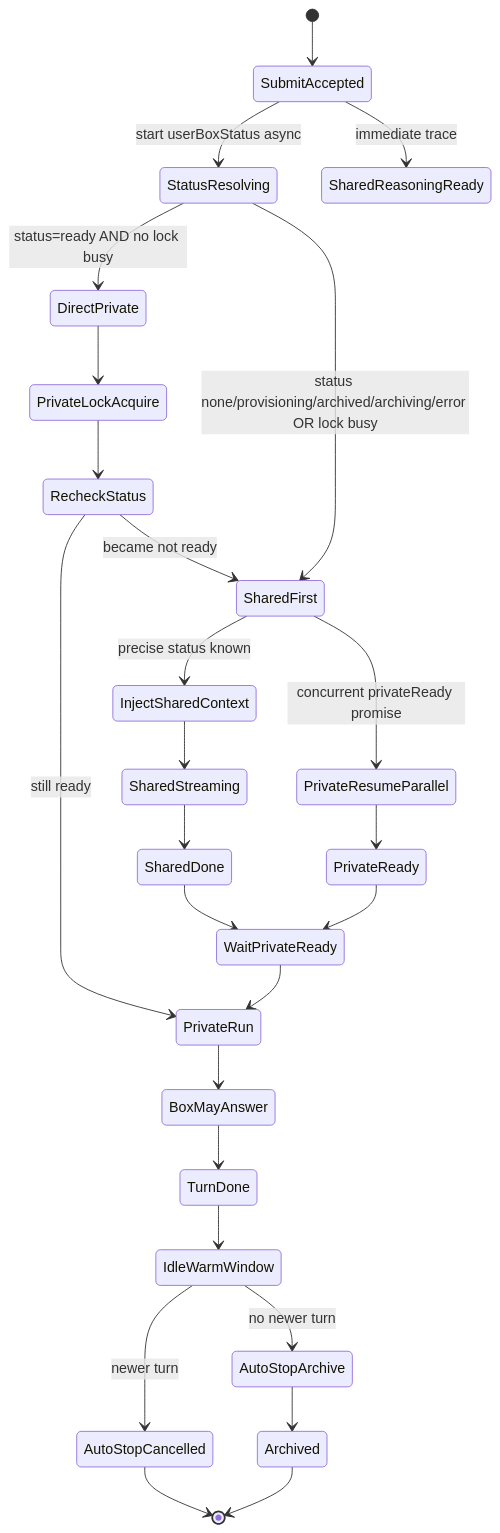
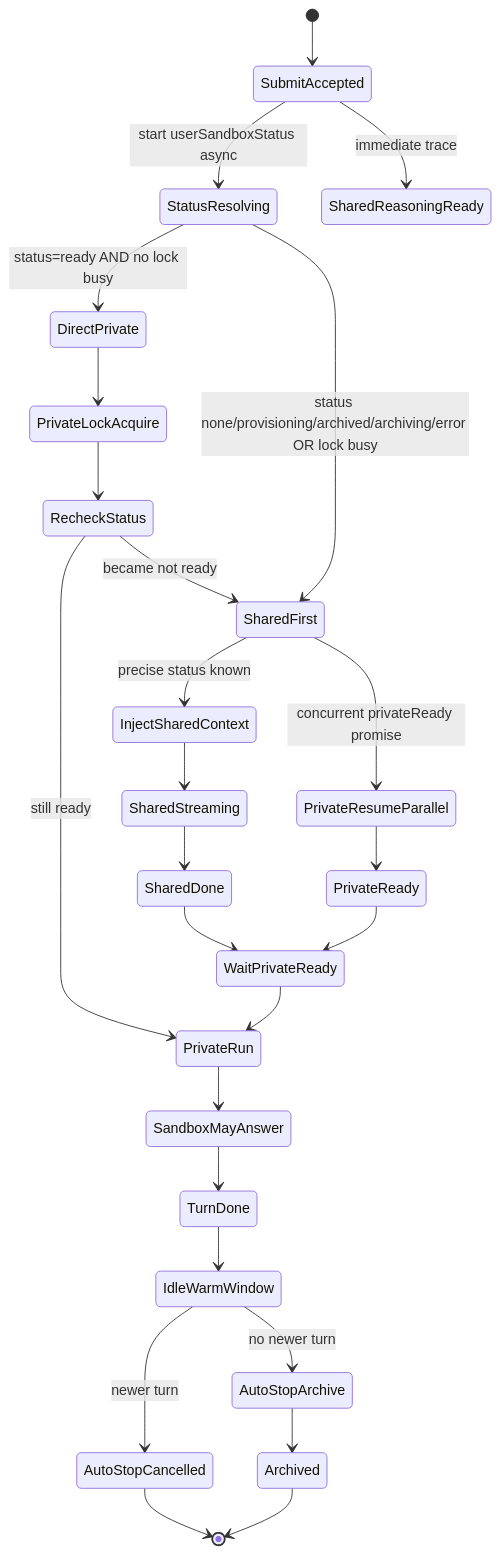
The third of 15 diagrams in docs/optibox-handoff-technical-report.md (ariana-dot-dev/optibox), drawn with Mermaid before and after one commit. The commit also changed other lines of this file and 26 other files, not shown here.

First line of the commit message:
rename Box to Boat: the product is Boat, the machine is a sandbox

````diff
--- a/docs/optibox-handoff-technical-report.md
+++ b/docs/optibox-handoff-technical-report.md
@@ -125,32 +125,32 @@
 ```mermaid
 stateDiagram-v2
     [*] --> SubmitAccepted
-    SubmitAccepted --> StatusResolving: start userBoxStatus async
+    SubmitAccepted --> StatusResolving: start userSandboxStatus async
     SubmitAccepted --> SharedReasoningReady: immediate trace
 
     StatusResolving --> DirectPrivate: status=ready AND no lock busy
     StatusResolving --> SharedFirst: status none/provisioning/archived/archiving/error OR lock busy
 
     DirectPrivate --> PrivateLockAcquire
     PrivateLockAcquire --> RecheckStatus
     RecheckStatus --> PrivateRun: still ready
     RecheckStatus --> SharedFirst: became not ready
 
     SharedFirst --> InjectSharedContext: precise status known
     InjectSharedContext --> SharedStreaming
     SharedFirst --> PrivateResumeParallel: concurrent privateReady promise
     PrivateResumeParallel --> PrivateReady
     SharedStreaming --> SharedDone
     SharedDone --> WaitPrivateReady
     PrivateReady --> WaitPrivateReady
     WaitPrivateReady --> PrivateRun
 
-    PrivateRun --> BoxMayAnswer
-    BoxMayAnswer --> TurnDone
+    PrivateRun --> SandboxMayAnswer
+    SandboxMayAnswer --> TurnDone
     TurnDone --> IdleWarmWindow
     IdleWarmWindow --> AutoStopCancelled: newer turn
     IdleWarmWindow --> AutoStopArchive: no newer turn
     AutoStopArchive --> Archived
     AutoStopCancelled --> [*]
     Archived --> [*]
 ```
````
